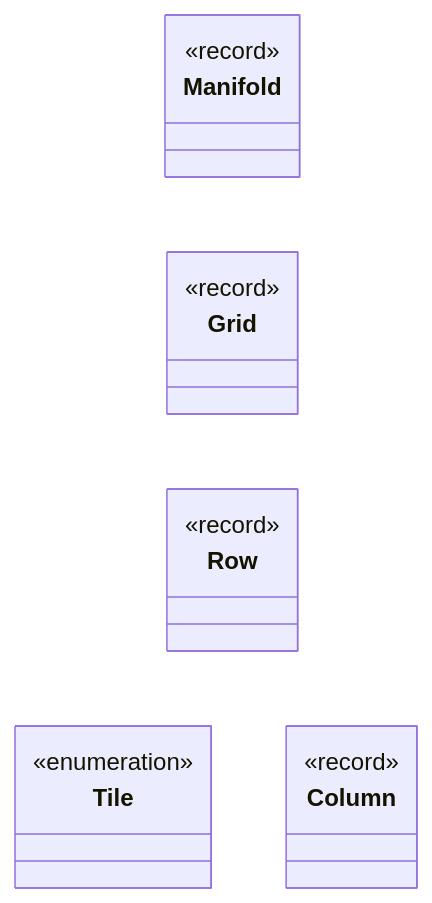
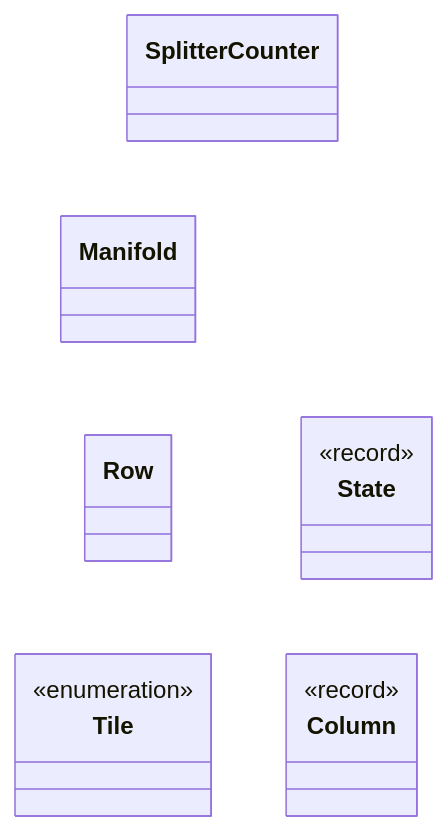
The diagram in UML diagrams/uml_day07a.md (lauraheerrera/aoc2025), drawn with Mermaid before and after one commit. The commit also changed 91 other files, not shown here.

````diff
--- a/UML diagrams/uml_day07a.md
+++ b/UML diagrams/uml_day07a.md
@@ -3,24 +3,22 @@
 ```mermaid
+%%{init: { 'themeVariables': { 'lineColor': '#FFFFFF' } } }%%
 %%{init: { 'themeVariables': { 'lineColor': '#FFFFFF' } } }%%
 classDiagram
     direction TB
-    class Manifold {
-        <<record>>
-    }
-    class Grid {
-        <<record>>
-    }
-    class Row {
-        <<record>>
-    }
-    class Tile {
-        <<enumeration>>
-    }
-    class Column {
-        <<record>>
-    }
-    Manifold --> Grid
-    Grid --> Row
+
+    class Manifold
+    class Row
+    class Column <<record>>
+    class Tile <<enumeration>>
+    class State <<record>>
+
+    class SplitterCounter
+
+    Manifold --> Row
     Row --> Tile
-    Row --> Column
+    Row ..> Column
+
+    SplitterCounter --> Manifold
+    SplitterCounter ..> State 
+    State --> Column 
 ```
````
